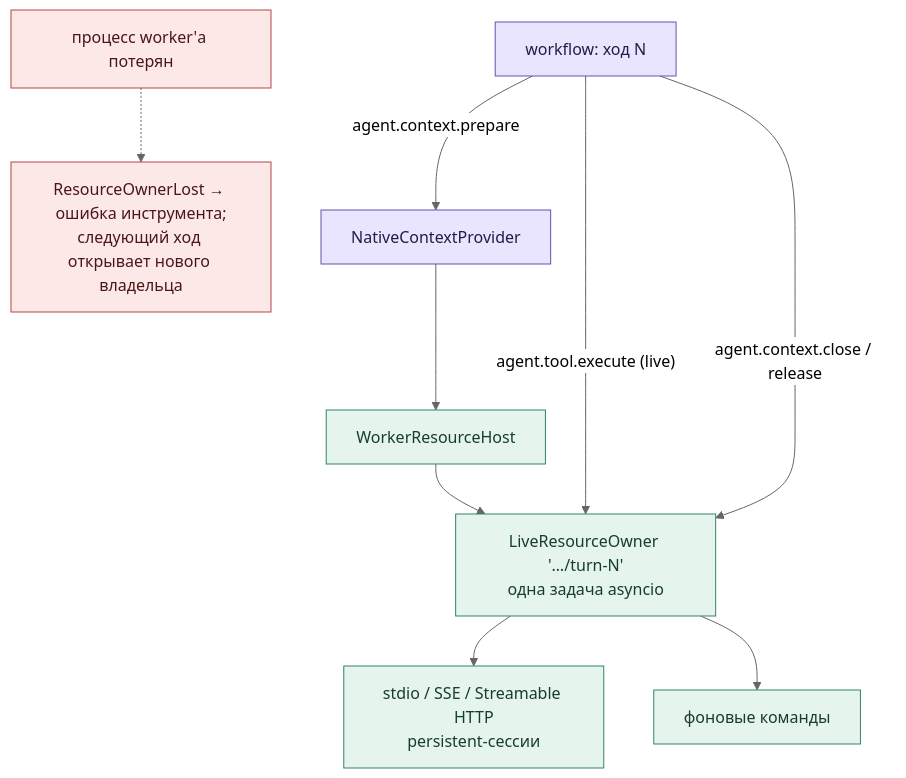
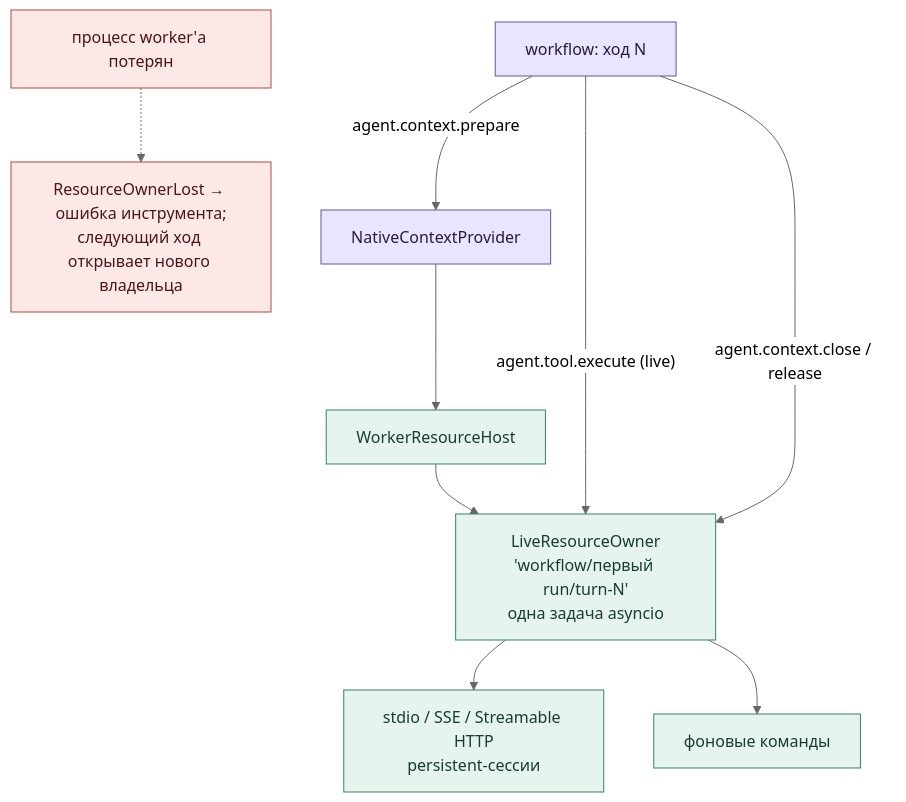
Before and after one commit to agens-universale/universal-agent: the seventh of 9 diagrams in docs/temporal-architecture.md, drawn with Mermaid (neutral theme). The commit also changed other lines of this file and 2 other files, not shown here.

````diff
--- a/docs/temporal-architecture.md
+++ b/docs/temporal-architecture.md
@@ -344,17 +386,17 @@
 ```mermaid
 flowchart TB
     WF["workflow: ход N"] -->|"agent.context.prepare"| PR["NativeContextProvider"]
     PR --> RH["WorkerResourceHost"]
-    RH --> OW["LiveResourceOwner '…/turn-N'<br/>одна задача asyncio"]
+    RH --> OW["LiveResourceOwner<br/>'workflow/первый run/turn-N'<br/>одна задача asyncio"]
     OW --> S1["stdio / SSE / Streamable HTTP<br/>persistent-сессии"]
     OW --> BG["фоновые команды"]
     WF -->|"agent.tool.execute (live)"| OW
     WF -->|"agent.context.close / release"| OW
     X["процесс worker'а потерян"] -.-> L["ResourceOwnerLost → ошибка инструмента;<br/>следующий ход открывает нового владельца"]
     classDef control fill:#e9e5ff,stroke:#6552ad,color:#251b45;
     classDef io fill:#e5f4ed,stroke:#338466,color:#173d2f;
     classDef warn fill:#fde8e8,stroke:#b54747,color:#4a1717;
     class WF,PR control;
     class RH,OW,S1,BG io;
     class X,L warn;
 ```
````
